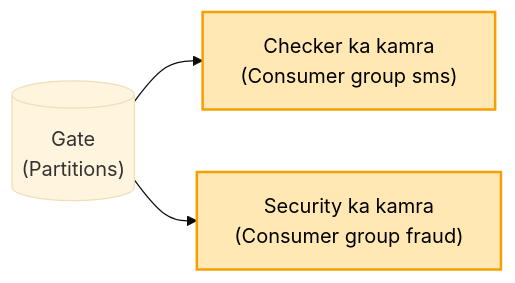
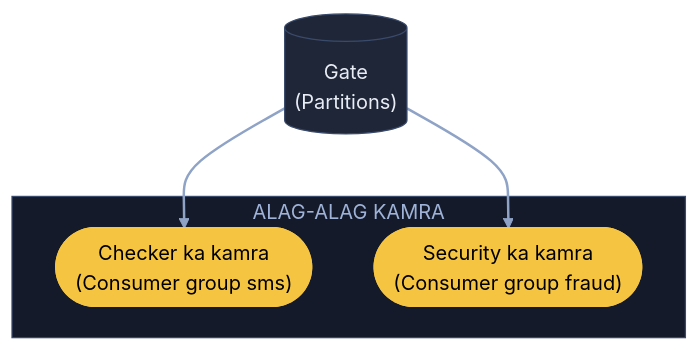
One commit to ArpanMaheshwari144/Prep changed the fourth of 10 diagrams in 04_HLD/SYSTEM_DESIGNS/12_message_queue_kafka/12_message_queue_kafka.md. Above: the diagram before and after it, drawn with Mermaid (base theme). The commit also changed other lines of this file, not shown here.

Commit message:
Kafka: 10 diagram YouTube (reel) wale card andaaz me

````diff
--- a/04_HLD/SYSTEM_DESIGNS/12_message_queue_kafka/12_message_queue_kafka.md
+++ b/04_HLD/SYSTEM_DESIGNS/12_message_queue_kafka/12_message_queue_kafka.md
@@ -100,7 +131,16 @@
 ```mermaid
-flowchart LR
-    G[("Gate<br/>(Partitions)")] --> C["Checker ka kamra<br/>(Consumer group sms)"]
-    G --> T["Security ka kamra<br/>(Consumer group fraud)"]
-    style C fill:#ffe8b3,stroke:#f59f00,stroke-width:2px,color:#000
-    style T fill:#ffe8b3,stroke:#f59f00,stroke-width:2px,color:#000
+flowchart TB
+    G[("Gate<br/>(Partitions)")]:::card
+    subgraph KM["ALAG-ALAG KAMRA"]
+        C(["Checker ka kamra<br/>(Consumer group sms)"]):::pill
+        T(["Security ka kamra<br/>(Consumer group fraud)"]):::pill
+    end
+    G --> C
+    G --> T
+    linkStyle default stroke:#8fa3c7,stroke-width:2px
+    classDef card fill:#1e2638,stroke:#3a4a6b,color:#e8ecf5
+    classDef pill fill:#f5c542,stroke:#f5c542,color:#000
+    classDef good fill:#2e7d4f,stroke:#3fbf6f,color:#fff
+    classDef bad fill:#5c1f24,stroke:#e05561,color:#fff
+    style KM fill:#141a29,stroke:#3a4a6b,color:#9fb3d9
 ```
````
